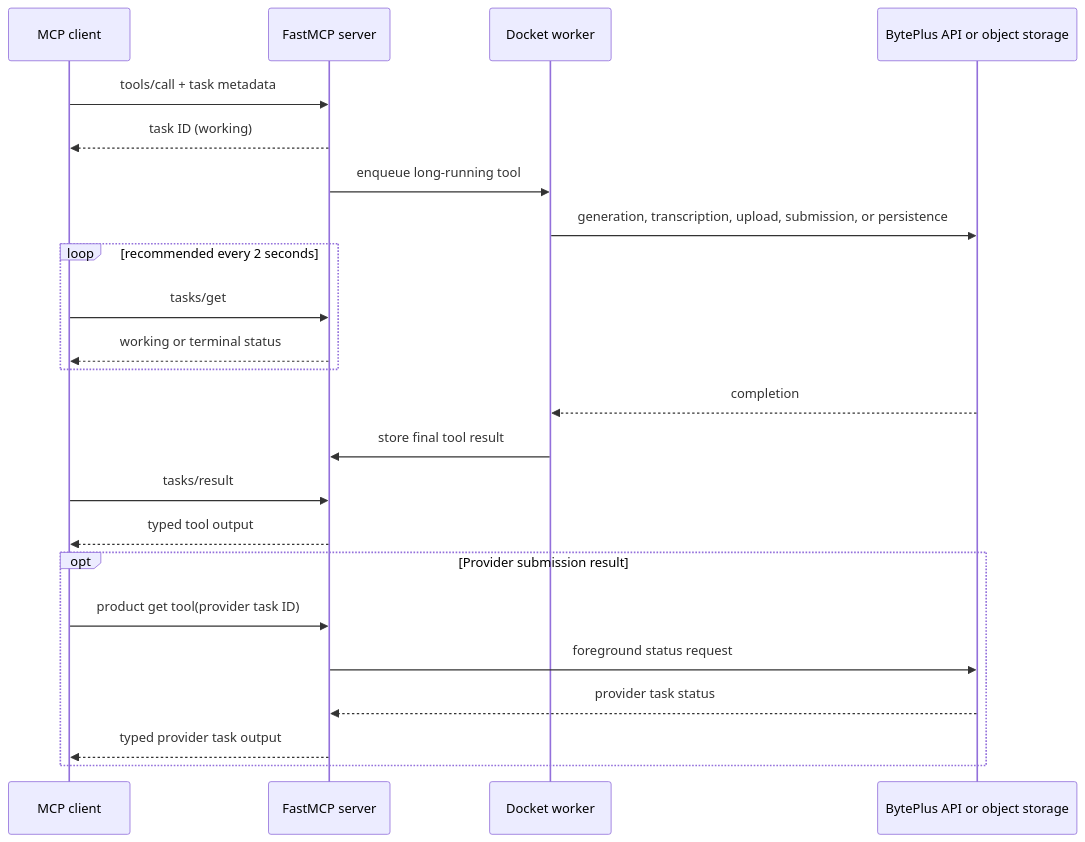
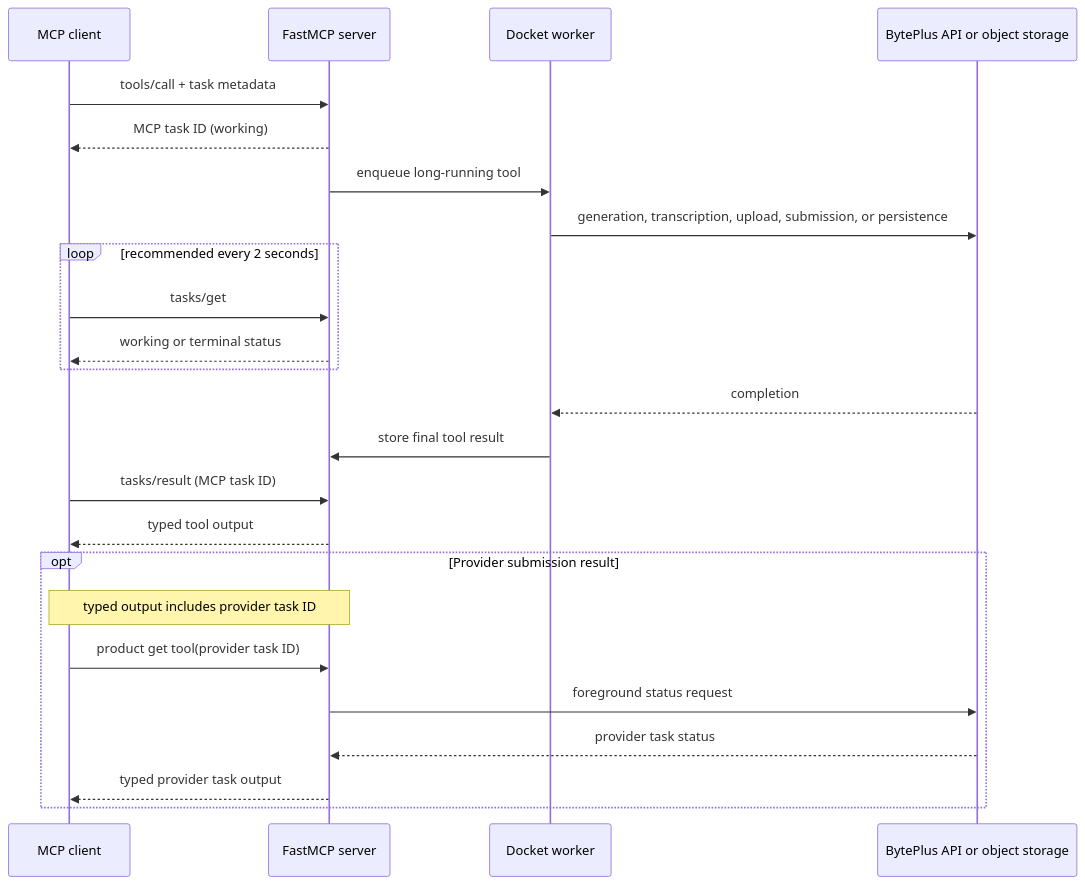
One commit to byteplus-sa/modelark-mcp changed the second of 4 diagrams in docs/architecture.md. Above: the diagram before and after it, drawn with Mermaid. The commit also changed 3 other files, not shown here.

````diff
--- a/docs/architecture.md
+++ b/docs/architecture.md
@@ -116,25 +116,26 @@
 ```mermaid
 sequenceDiagram
     participant C as MCP client
     participant S as FastMCP server
     participant W as Docket worker
     participant A as BytePlus API or object storage
     C->>S: tools/call + task metadata
-    S-->>C: task ID (working)
+    S-->>C: MCP task ID (working)
     S->>W: enqueue long-running tool
     W->>A: generation, transcription, upload, submission, or persistence
     loop recommended every 2 seconds
         C->>S: tasks/get
         S-->>C: working or terminal status
     end
     A-->>W: completion
     W->>S: store final tool result
-    C->>S: tasks/result
+    C->>S: tasks/result (MCP task ID)
     S-->>C: typed tool output
     opt Provider submission result
+        Note over S,C: typed output includes provider task ID
         C->>S: product get tool(provider task ID)
         S->>A: foreground status request
         A-->>S: provider task status
         S-->>C: typed provider task output
     end
 ```
````
